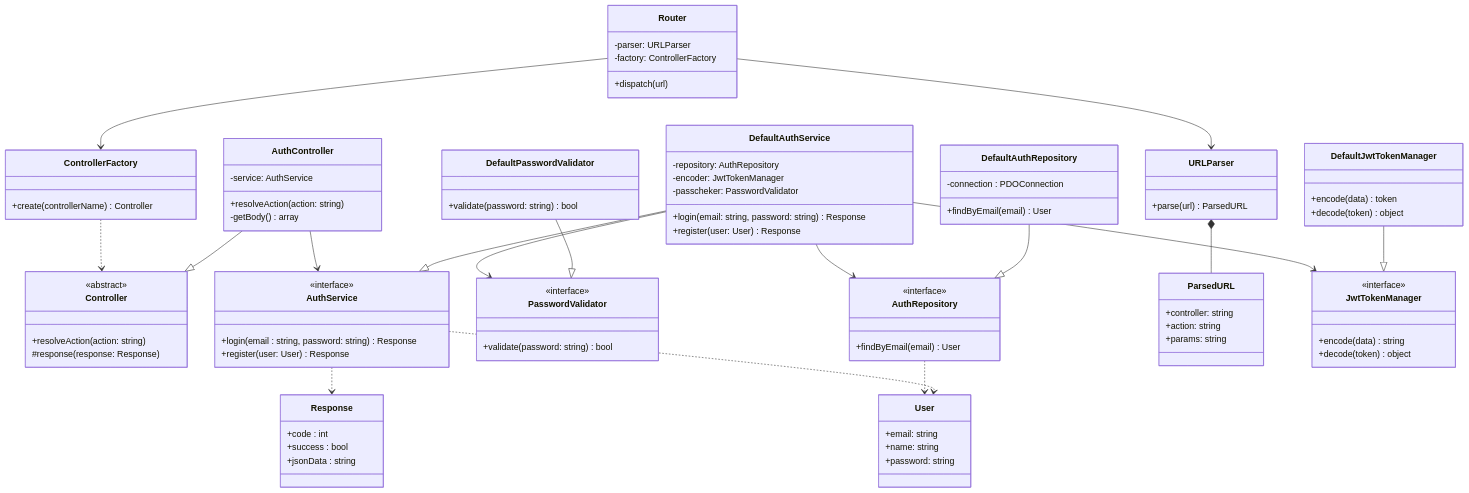
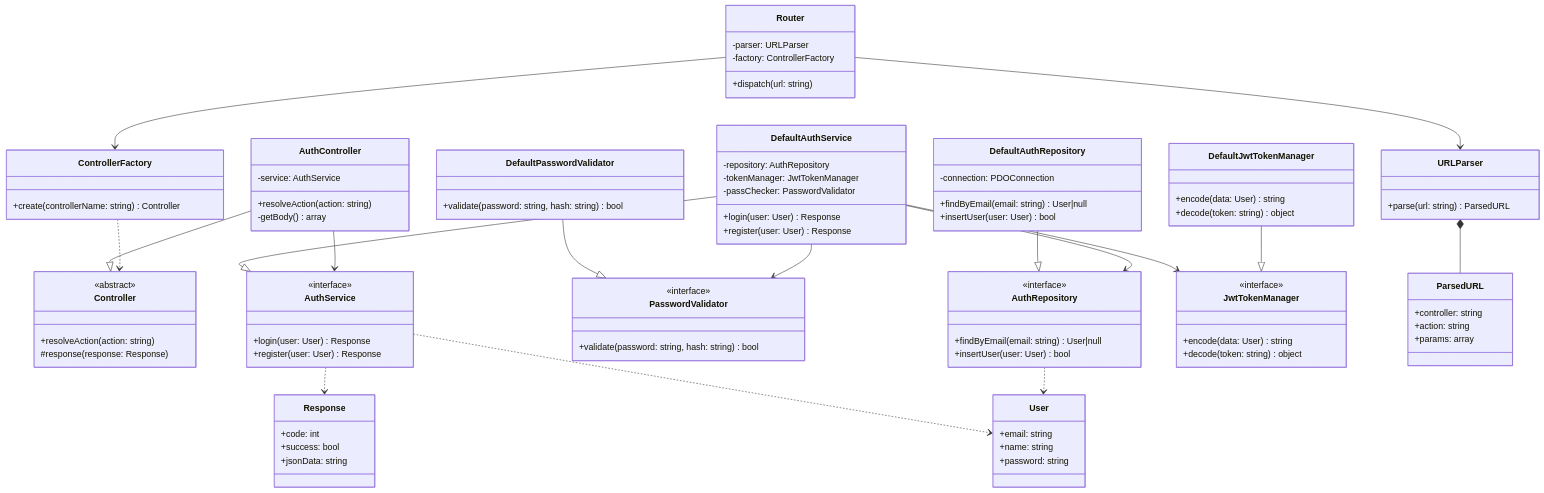
The diagram in documentazione/diagramma_classi/UC01.md (mb4dev/progetto-prova), drawn with Mermaid before and after one commit. The commit also changed 1 other file, not shown here.

Commit message:
doc : sistemata congruenza grafici

```diff
--- a/documentazione/diagramma_classi/UC01.md
+++ b/documentazione/diagramma_classi/UC01.md
@@ -17,12 +17,14 @@
 
 class AuthRepository {
     <<interface>>
-    +findByEmail(email) User
+    +findByEmail(email: string) User|null
+    +insertUser(user: User) bool
 }
 
-class DefaultAuthRepository{
-    -connection : PDOConnection
-    +findByEmail(email) User
+class DefaultAuthRepository {
+    -connection: PDOConnection
+    +findByEmail(email: string) User|null
+    +insertUser(user: User) bool
 }
 DefaultAuthRepository --|> AuthRepository
 
@@ -34,84 +36,75 @@
 
 class PasswordValidator {
     <<interface>>
-    +validate(password: string) bool
+    +validate(password: string, hash: string) bool
 }
 
 class DefaultPasswordValidator {
-    +validate(password: string) bool
-
+    +validate(password: string, hash: string) bool
 }
 DefaultPasswordValidator --|> PasswordValidator
 
 class AuthService {
     <<interface>>
-
-    +login(email : string, password: string) Response
+    +login(user: User) Response
     +register(user: User) Response
 }
 
 class DefaultAuthService {
     -repository: AuthRepository
-    -encoder: JwtTokenManager
-    -passcheker: PasswordValidator
-    +login(email: string, password: string) Response
+    -tokenManager: JwtTokenManager
+    -passChecker: PasswordValidator
+    +login(user: User) Response
     +register(user: User) Response
+}
+DefaultAuthService --|> AuthService
+DefaultAuthService --> AuthRepository
+DefaultAuthService --> JwtTokenManager
+DefaultAuthService --> PasswordValidator
 
-}
-
-DefaultAuthService --|> AuthService
-
-class Response{
-    +code : int
-    +success : bool
-    +jsonData : string
+class Response {
+    +code: int
+    +success: bool
+    +jsonData: string
 }
 
 class ControllerFactory {
-    +create(controllerName) Controller
+    +create(controllerName: string) Controller
 }
 
 class URLParser {
-    +parse(url) ParsedURL
+    +parse(url: string) ParsedURL
 }
 
 class ParsedURL {
     +controller: string
     +action: string
-    +params: string
+    +params: array
 }
 
 class Router {
     -parser: URLParser
     -factory: ControllerFactory
-    +dispatch(url)
+    +dispatch(url: string)
 }
 
-class JwtTokenManager{
+class JwtTokenManager {
     <<interface>>
-    +encode(data) string
-    +decode(token) object
+    +encode(data: User) string
+    +decode(token: string) object
 }
 
 class DefaultJwtTokenManager {
-    +encode(data) token
-    +decode(token) object
+    +encode(data: User) string
+    +decode(token: string) object
 }
-
 DefaultJwtTokenManager --|> JwtTokenManager
 
-DefaultAuthService --> AuthRepository
-DefaultAuthService --> JwtTokenManager
-DefaultAuthService --> PasswordValidator
-
 AuthController --> AuthService
-
 Router --> ControllerFactory
 Router --> URLParser
-
 ControllerFactory ..> Controller
 URLParser *-- ParsedURL
-
 AuthService ..> Response 
 AuthService ..> User
 AuthRepository ..> User 
```
